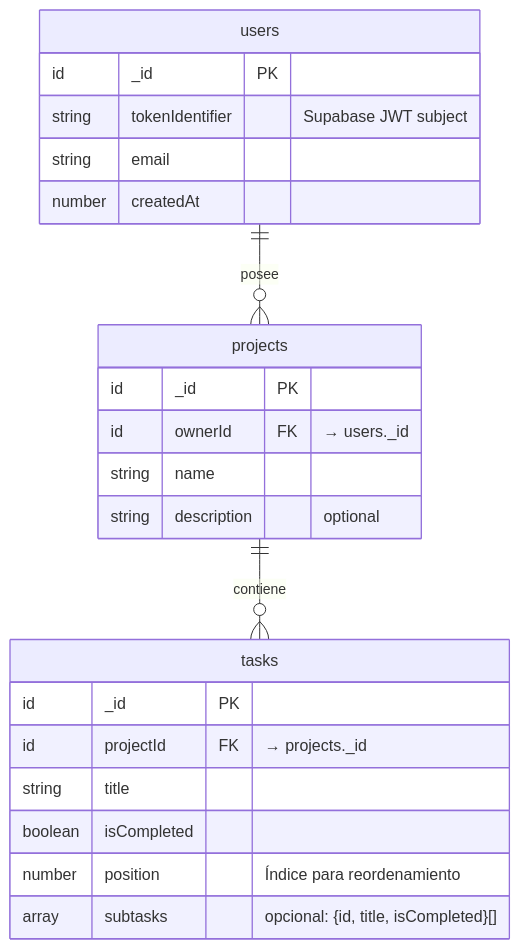
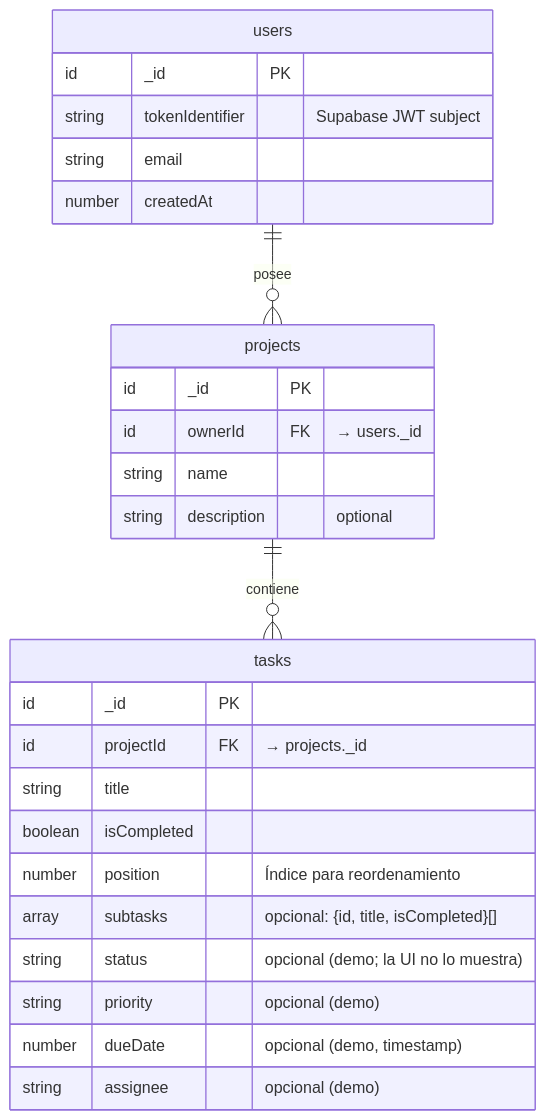
Before and after one commit to Cjorozco/next15-fastapi-supabase-template: the second of 5 diagrams in ARCHITECTURE.md, drawn with Mermaid. The commit also changed other lines of this file and 2 other files, not shown here.

Commit message:
docs: document one-click demo in CHANGELOG and ARCHITECTURE

````diff
--- a/ARCHITECTURE.md
+++ b/ARCHITECTURE.md
@@ -134,26 +138,30 @@
 ```mermaid
 erDiagram
     users {
         id _id PK
         string tokenIdentifier "Supabase JWT subject"
         string email
         number createdAt
     }
     projects {
         id _id PK
         id ownerId FK "→ users._id"
         string name
         string description "optional"
     }
     tasks {
         id _id PK
         id projectId FK "→ projects._id"
         string title
         boolean isCompleted
         number position "Índice para reordenamiento"
         array subtasks "opcional: {id, title, isCompleted}[]"
+        string status "opcional (demo; la UI no lo muestra)"
+        string priority "opcional (demo)"
+        number dueDate "opcional (demo, timestamp)"
+        string assignee "opcional (demo)"
     }
 
     users ||--o{ projects : "posee"
     projects ||--o{ tasks : "contiene"
 ```
````
